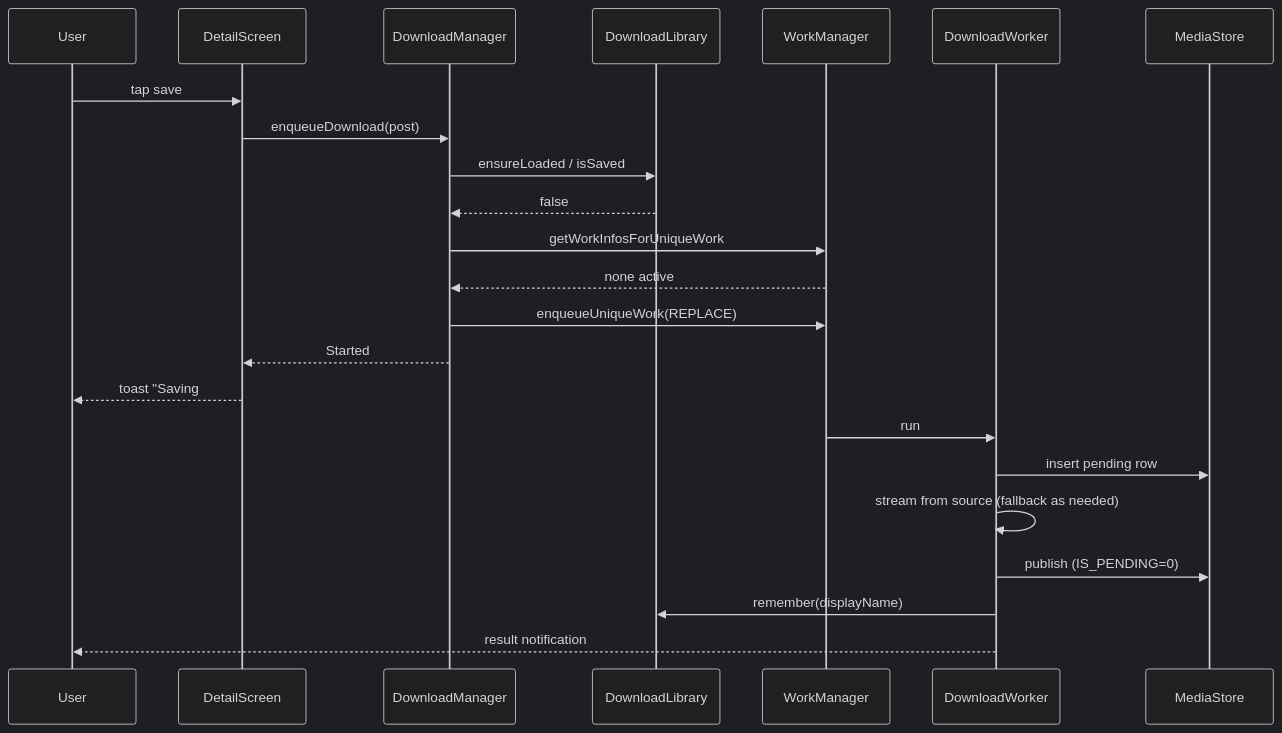
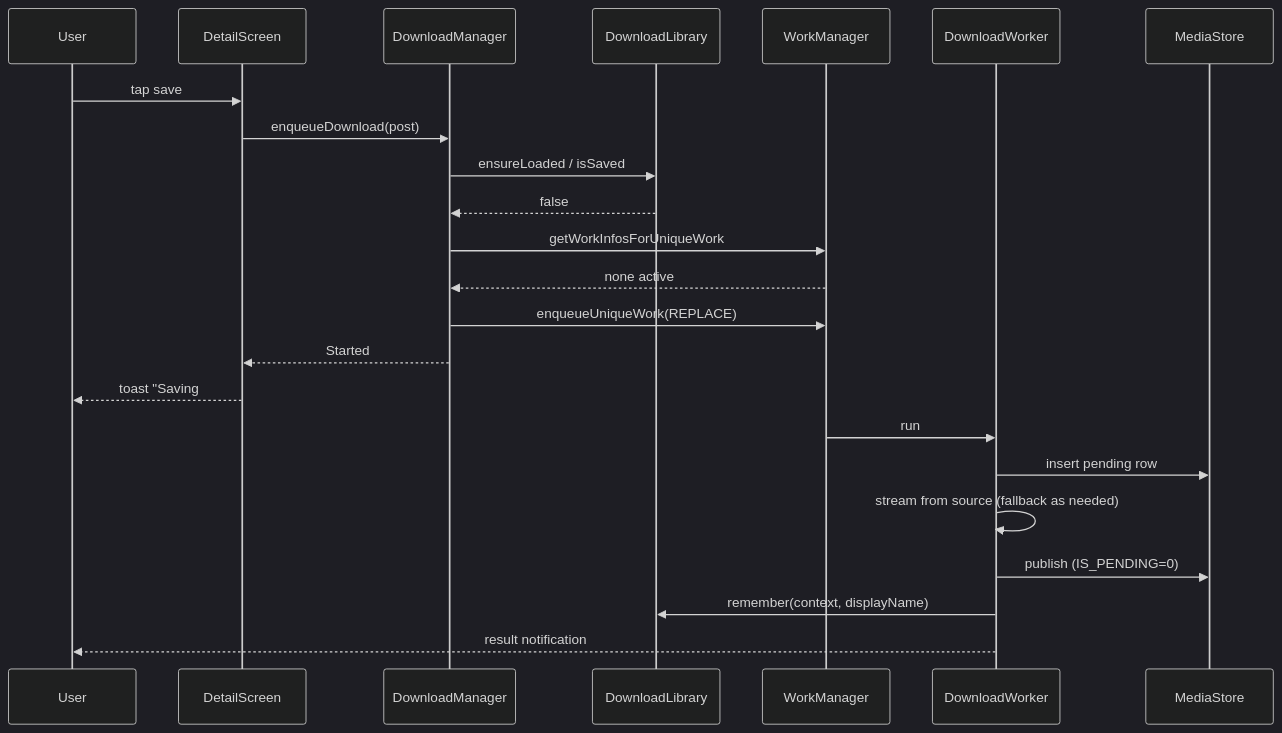
One commit to azusachino/latte changed the second of 3 diagrams in docs/architecture/download-workflow.md. Above: the diagram before and after it, drawn with Mermaid (dark theme). The commit also changed other lines of this file and 3 other files, not shown here.

````diff
--- a/docs/architecture/download-workflow.md
+++ b/docs/architecture/download-workflow.md
@@ -142,26 +144,26 @@
 ```mermaid
 sequenceDiagram
     participant U as User
     participant D as DetailScreen
     participant M as DownloadManager
     participant L as DownloadLibrary
     participant WM as WorkManager
     participant W as DownloadWorker
     participant MS as MediaStore
 
     U->>D: tap save
     D->>M: enqueueDownload(post)
     M->>L: ensureLoaded / isSaved
     L-->>M: false
     M->>WM: getWorkInfosForUniqueWork
     WM-->>M: none active
     M->>WM: enqueueUniqueWork(REPLACE)
     M-->>D: Started
     D-->>U: toast "Saving #id"
     WM->>W: run
     W->>MS: insert pending row
     W->>W: stream from source (fallback as needed)
     W->>MS: publish (IS_PENDING=0)
-    W->>L: remember(displayName)
+    W->>L: remember(context, displayName)
     W-->>U: result notification
 ```
````
